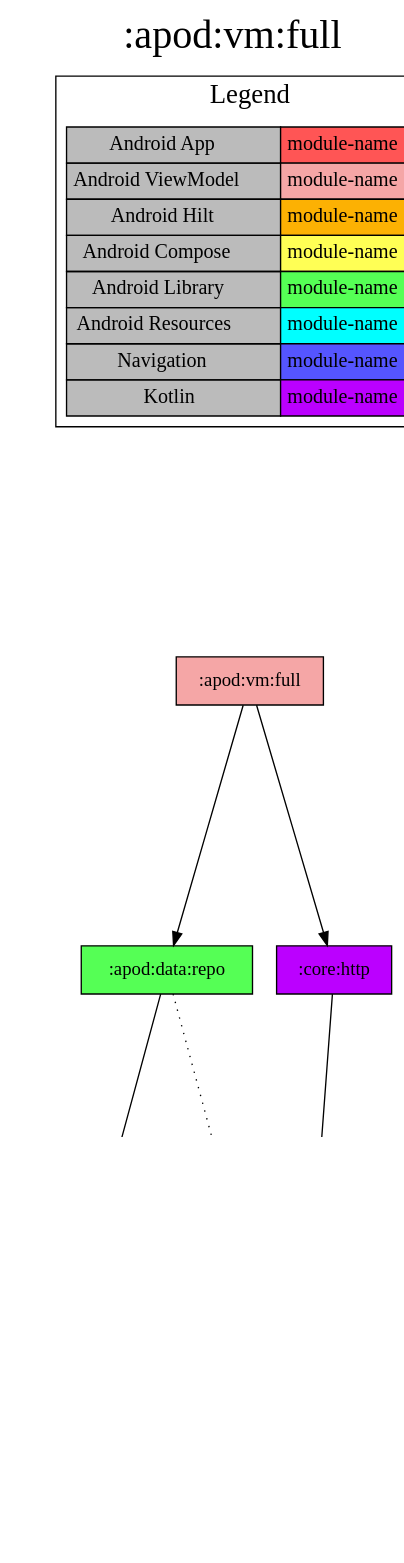
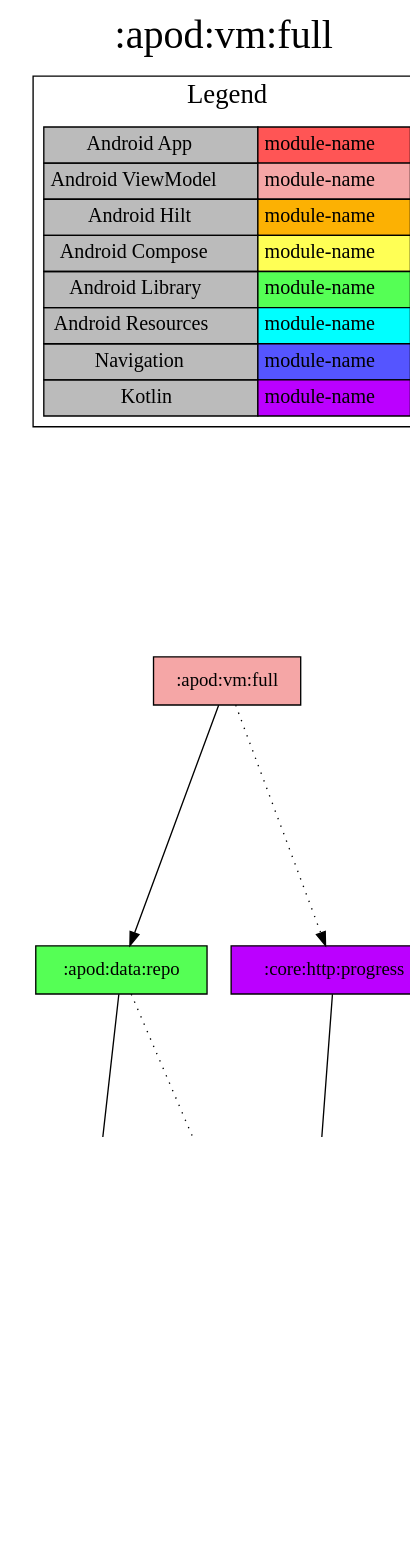
One commit to jonapoul/nasa-android changed the diagram in modules/apod/vm/full/project-dependency-graph.dot. Above: the diagram before and after it, drawn with Graphviz. The commit also changed 85 other files, not shown here.

```diff
--- a/modules/apod/vm/full/project-dependency-graph.dot
+++ b/modules/apod/vm/full/project-dependency-graph.dot
@@ -1,39 +1,39 @@
 digraph {
 edge ["dir"="forward"]
 graph ["dpi"="100","label"=":apod:vm:full","labelloc"="t","fontsize"="30","ranksep"="2.5","rankdir"="TB"]
 node ["style"="filled"]
 ":apod:vm:full" ["fillcolor"="#F5A6A6","shape"="box"]
 ":apod:data:repo" ["fillcolor"="#55FF55","shape"="box"]
 ":apod:data:api" ["fillcolor"="#BB00FF","shape"="box"]
 ":apod:model" ["fillcolor"="#BB00FF","shape"="box"]
 ":core:model" ["fillcolor"="#BB00FF","shape"="box"]
 ":db:apod" ["fillcolor"="#BB00FF","shape"="box"]
-":core:http" ["fillcolor"="#BB00FF","shape"="box"]
+":core:http:progress" ["fillcolor"="#BB00FF","shape"="box"]
 {
 edge ["dir"="none"]
 graph ["rank"="same"]
 }
 ":apod:vm:full" -> ":apod:data:repo"
-":apod:vm:full" -> ":core:http"
+":apod:vm:full" -> ":core:http:progress" ["style"="dotted"]
 ":apod:data:repo" -> ":apod:data:api"
 ":apod:data:repo" -> ":db:apod" ["style"="dotted"]
 ":apod:data:api" -> ":apod:model"
 ":apod:data:api" -> ":core:model"
-":core:http" -> ":core:model"
+":core:http:progress" -> ":core:model"
 subgraph "cluster_legend" {
 edge ["dir"="none"]
 graph ["label"="Legend","fontsize"="20"]
 "Legend" ["style"="filled","fillcolor"="#bbbbbb","shape"="none","margin"="0","fontsize"="15","label"=<
 <TABLE BORDER="0" CELLBORDER="1" CELLSPACING="0" CELLPADDING="4">
 <TR><TD>Android App</TD><TD BGCOLOR="#FF5555">module-name</TD></TR>
 <TR><TD>Android ViewModel</TD><TD BGCOLOR="#F5A6A6">module-name</TD></TR>
 <TR><TD>Android Hilt</TD><TD BGCOLOR="#FCB103">module-name</TD></TR>
 <TR><TD>Android Compose</TD><TD BGCOLOR="#FFFF55">module-name</TD></TR>
 <TR><TD>Android Library</TD><TD BGCOLOR="#55FF55">module-name</TD></TR>
 <TR><TD>Android Resources</TD><TD BGCOLOR="#00FFFF">module-name</TD></TR>
 <TR><TD>Navigation</TD><TD BGCOLOR="#5555FF">module-name</TD></TR>
 <TR><TD>Kotlin</TD><TD BGCOLOR="#BB00FF">module-name</TD></TR>
 </TABLE>
 >]
 } -> ":apod:vm:full" ["style"="invis"]
 }
```
